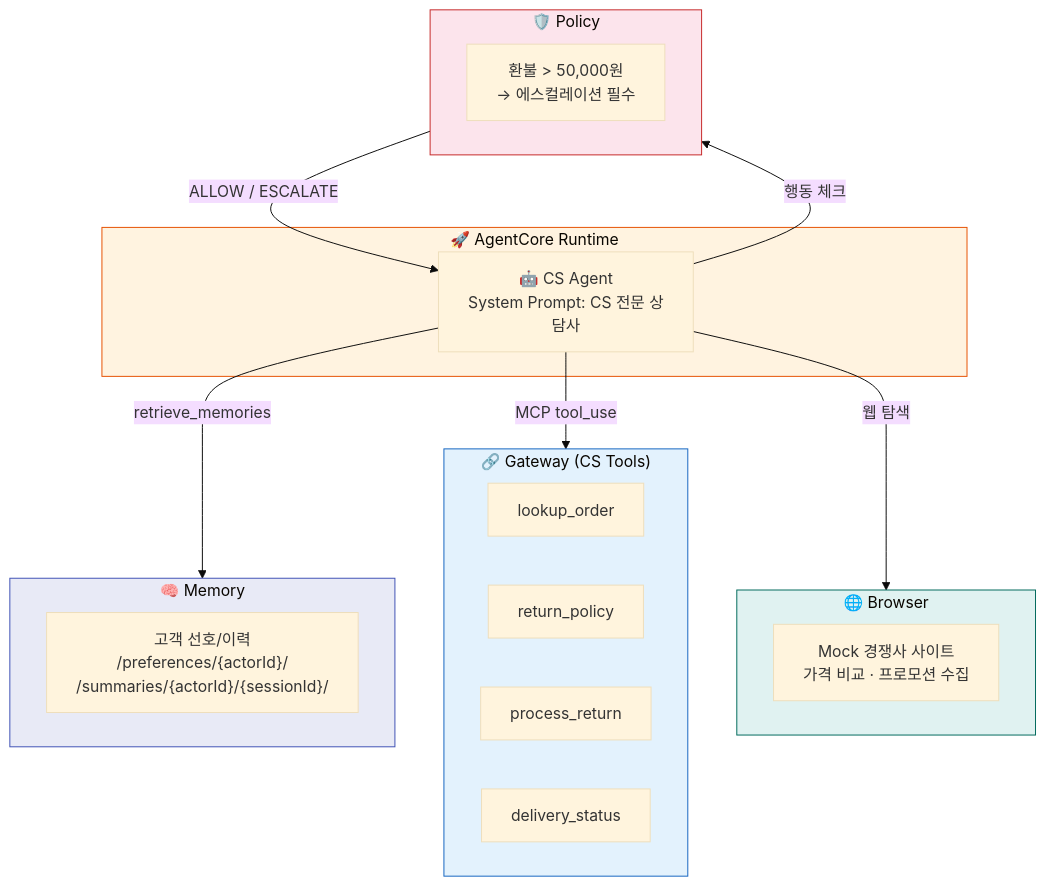
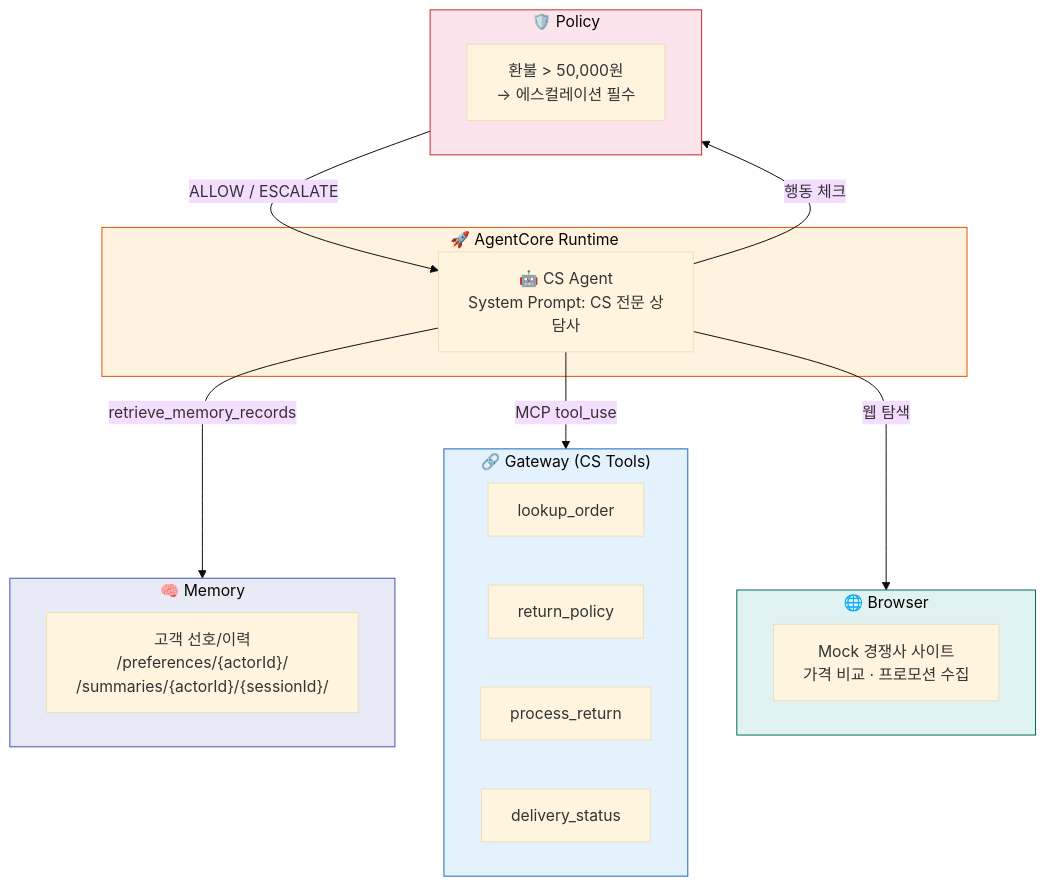
One commit to kjhyuok/rcg-agentcore-workshop-guide changed the diagram in docs/phase2a/index.md. Above: the diagram before and after it, drawn with Mermaid (base theme). The commit also changed 3 other files, not shown here.

````diff
--- a/docs/phase2a/index.md
+++ b/docs/phase2a/index.md
@@ -30,37 +30,37 @@
 ```mermaid
 graph TB
     subgraph RT["🚀 AgentCore Runtime"]
         AG["🤖 CS Agent<br/>System Prompt: CS 전문 상담사"]
     end
 
     subgraph ME["🧠 Memory"]
         MR["고객 선호/이력<br/>/preferences/{actorId}/<br/>/summaries/{actorId}/{sessionId}/"]
     end
 
     subgraph GW["🔗 Gateway (CS Tools)"]
         T1["lookup_order"]
         T2["return_policy"]
         T3["process_return"]
         T4["delivery_status"]
     end
 
     subgraph BR["🌐 Browser"]
         WB["Mock 경쟁사 사이트<br/>가격 비교 · 프로모션 수집"]
     end
 
     subgraph PO["🛡️ Policy"]
         PL["환불 > 50,000원<br/>→ 에스컬레이션 필수"]
     end
 
-    AG -->|retrieve_memories| ME
+    AG -->|retrieve_memory_records| ME
     AG -->|MCP tool_use| GW
     AG -->|웹 탐색| BR
     AG -->|행동 체크| PO
     PO -->|ALLOW / ESCALATE| AG
 
     style RT fill:#fff3e0,stroke:#e65100
     style ME fill:#e8eaf6,stroke:#3f51b5
     style GW fill:#e3f2fd,stroke:#1565c0
     style BR fill:#e0f2f1,stroke:#00695c
     style PO fill:#fce4ec,stroke:#c62828
 ```
````
